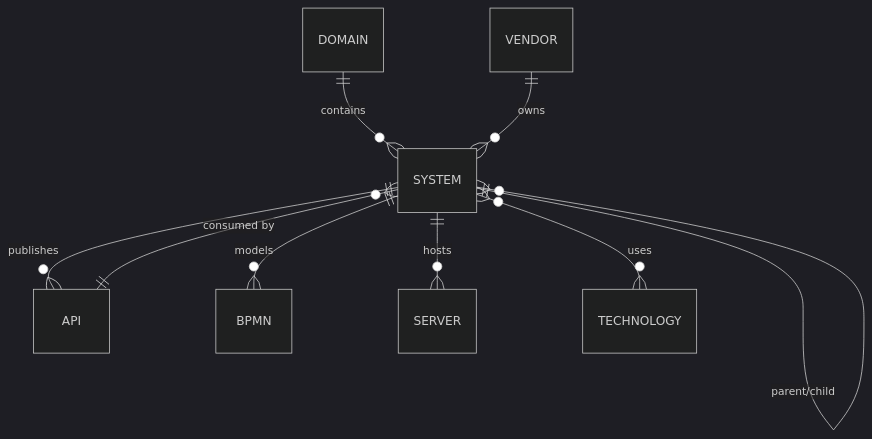
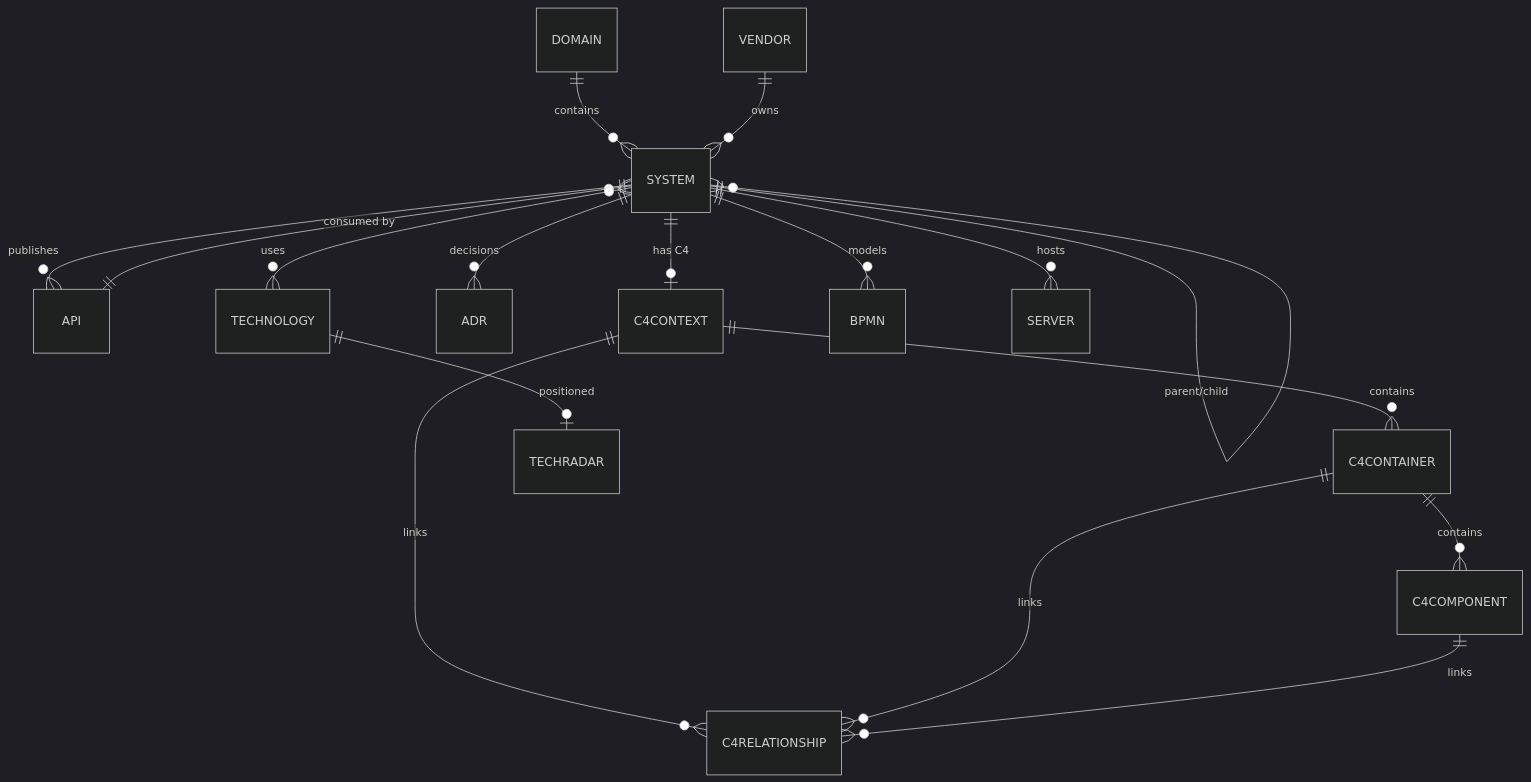
Before and after one commit to imRezaAlie/openits: the fourth of 9 diagrams in README.md, drawn with Mermaid (dark theme). The commit also changed other lines of this file, not shown here.

````diff
--- a/README.md
+++ b/README.md
@@ -213,11 +572,19 @@
 ```mermaid
 erDiagram
     DOMAIN ||--o{ SYSTEM : contains
     VENDOR ||--o{ SYSTEM : owns
     SYSTEM ||--o{ SYSTEM : "parent/child"
     SYSTEM ||--o{ API : publishes
+    SYSTEM ||--o| C4CONTEXT : "has C4"
+    C4CONTEXT ||--o{ C4CONTAINER : contains
+    C4CONTAINER ||--o{ C4COMPONENT : contains
+    C4CONTEXT ||--o{ C4RELATIONSHIP : links
+    C4CONTAINER ||--o{ C4RELATIONSHIP : links
+    C4COMPONENT ||--o{ C4RELATIONSHIP : links
+    SYSTEM ||--o{ ADR : "decisions"
+    TECHNOLOGY ||--o| TECHRADAR : positioned
     API ||--o{ SYSTEM : "consumed by"
     SYSTEM ||--o{ BPMN : models
     SYSTEM ||--o{ SERVER : hosts
     SYSTEM }o--o{ TECHNOLOGY : uses
 ```
````
